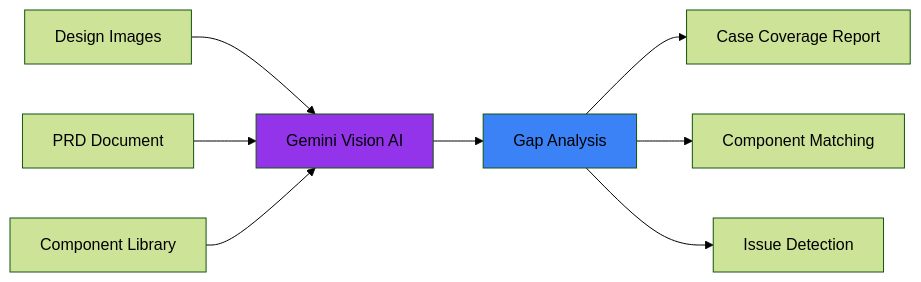
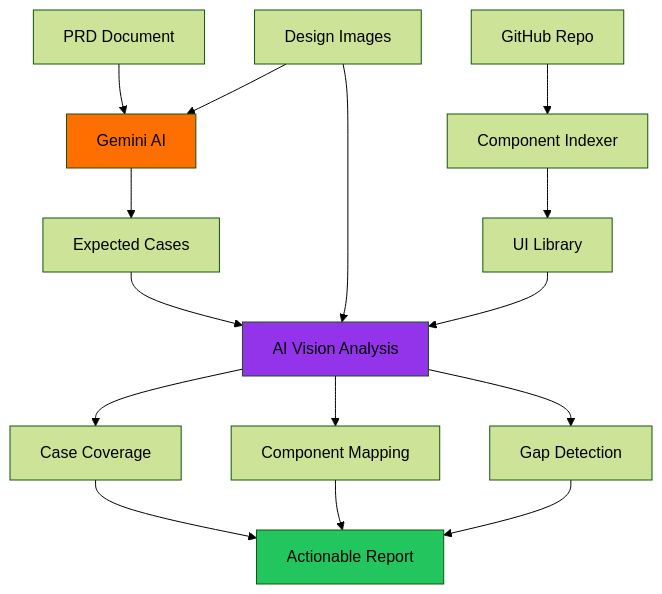
The first of 3 diagrams in README.md (hammad-ghl/kickoff), drawn with Mermaid (forest theme) before and after one commit. The commit also changed other lines of this file, not shown here.

````diff
--- a/README.md
+++ b/README.md
@@ -16,13 +37,24 @@
 ```mermaid
-graph LR
-    A[Design Images] --> B[Gemini Vision AI]
-    C[PRD Document] --> B
-    D[Component Library] --> B
-    B --> E[Gap Analysis]
-    E --> F[Case Coverage Report]
-    E --> G[Component Matching]
-    E --> H[Issue Detection]
+graph TB
+    A[PRD Document] --> B[Gemini AI]
+    C[Design Images] --> B
+    D[GitHub Repo] --> E[Component Indexer]
+    E --> F[UI Library]
     
-    style B fill:#9333ea
-    style E fill:#3b82f6
+    B --> G[Expected Cases]
+    G --> H[AI Vision Analysis]
+    C --> H
+    F --> H
+    
+    H --> I[Case Coverage]
+    H --> J[Component Mapping]
+    H --> K[Gap Detection]
+    
+    I --> L[Actionable Report]
+    J --> L
+    K --> L
+    
+    style B fill:#ff6f00
+    style H fill:#9333ea
+    style L fill:#22c55e
 ```
````
